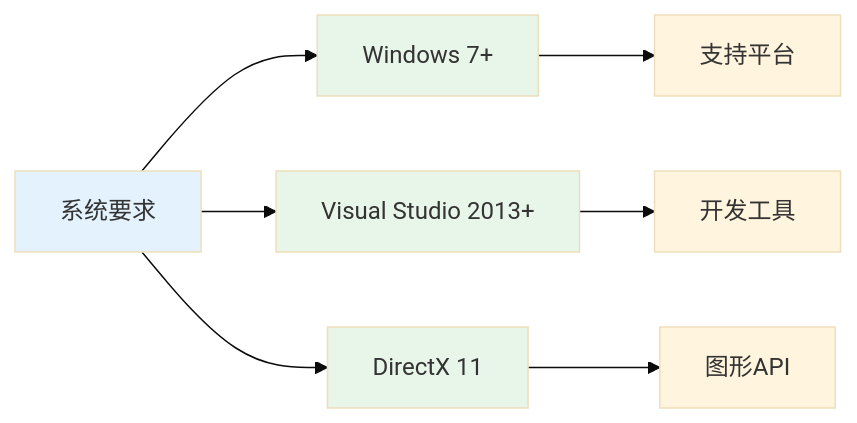
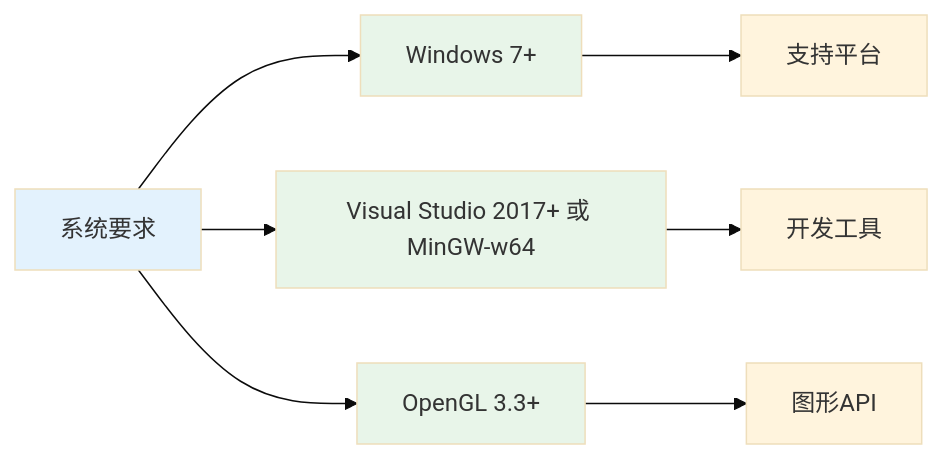
The fifth of 16 diagrams in README.md (ChestnutYueyue/Easy2D), drawn with Mermaid (base theme) before and after one commit. The commit also changed other lines of this file and 2 other files, not shown here.

````diff
--- a/README.md
+++ b/README.md
@@ -171,15 +171,15 @@
 ```mermaid
 flowchart LR
     A[系统要求] --> B[Windows 7+]
-    A --> C[Visual Studio 2013+]
-    A --> D[DirectX 11]
+    A --> C[Visual Studio 2017+ 或 MinGW-w64]
+    A --> D[OpenGL 3.3+]
     
     B --> E[支持平台]
     C --> F[开发工具]
     D --> G[图形API]
     
     style A fill:#e3f2fd
     style B fill:#e8f5e9
     style C fill:#e8f5e9
     style D fill:#e8f5e9
 ```
````
